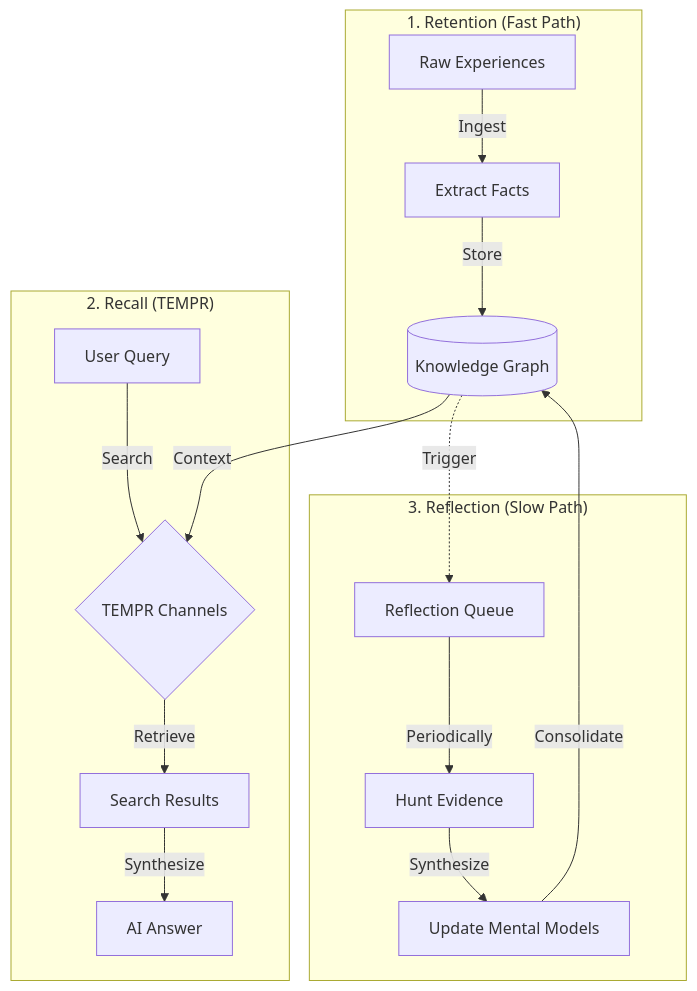
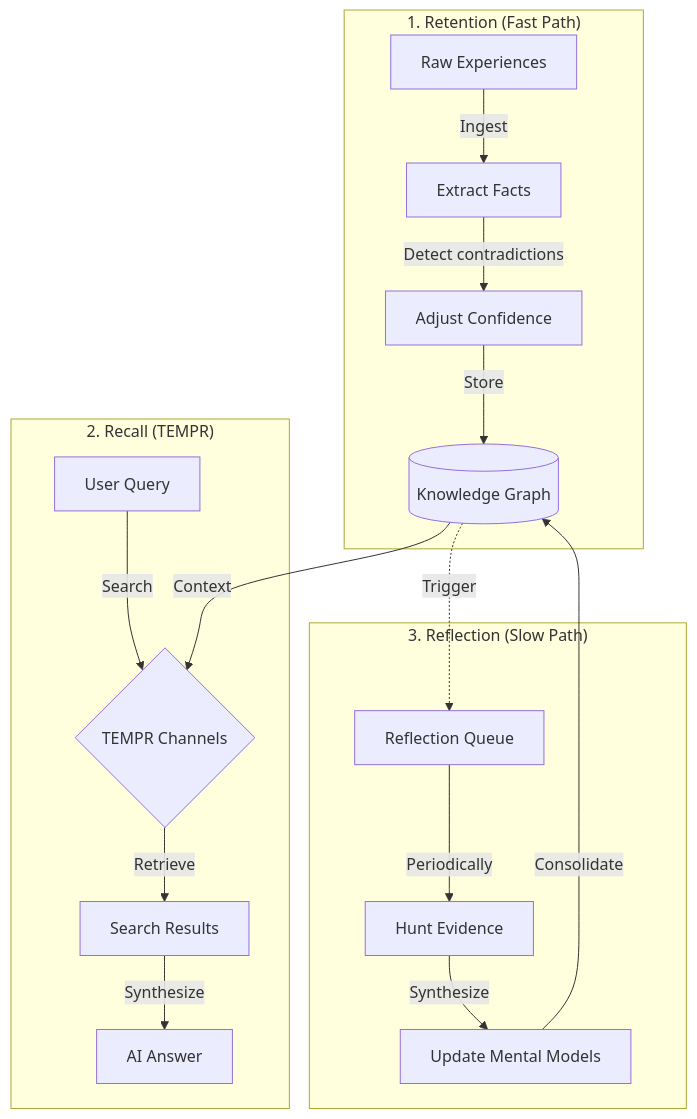
The diagram in docs/explanation/hindsight-framework.md (JasperHG90/memex), drawn with Mermaid before and after one commit. The commit also changed other lines of this file and 6 other files, not shown here.

````diff
--- a/docs/explanation/hindsight-framework.md
+++ b/docs/explanation/hindsight-framework.md
@@ -15,21 +15,22 @@
 ```mermaid
 graph TD
     subgraph "1. Retention (Fast Path)"
         A[Raw Experiences] -->|Ingest| B[Extract Facts]
-        B -->|Store| C[(Knowledge Graph)]
+        B -->|Detect contradictions| B2[Adjust Confidence]
+        B2 -->|Store| C[(Knowledge Graph)]
     end
 
     subgraph "2. Recall (TEMPR)"
         D[User Query] -->|Search| E{TEMPR Channels}
         C -->|Context| E
         E -->|Retrieve| F[Search Results]
         F -->|Synthesize| G[AI Answer]
     end
 
     subgraph "3. Reflection (Slow Path)"
         C -.->|Trigger| J[Reflection Queue]
         J -->|Periodically| K[Hunt Evidence]
         K -->|Synthesize| L[Update Mental Models]
         L -->|Consolidate| C
     end
 ```
````
